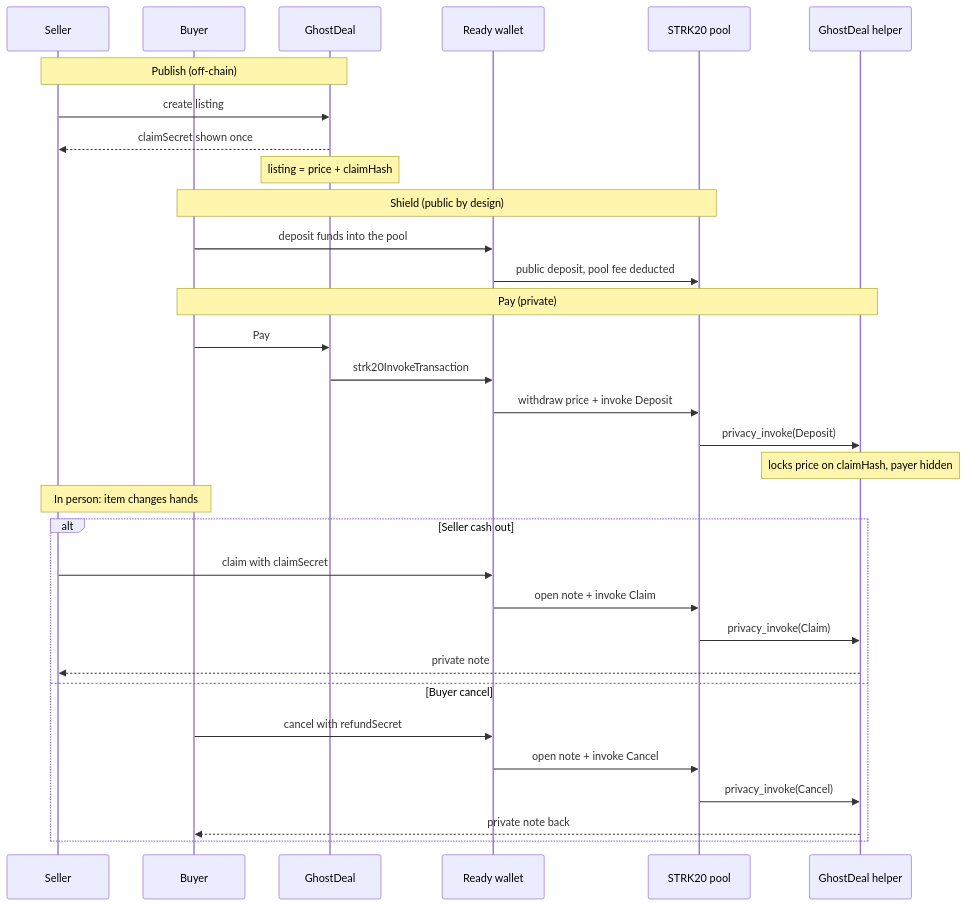
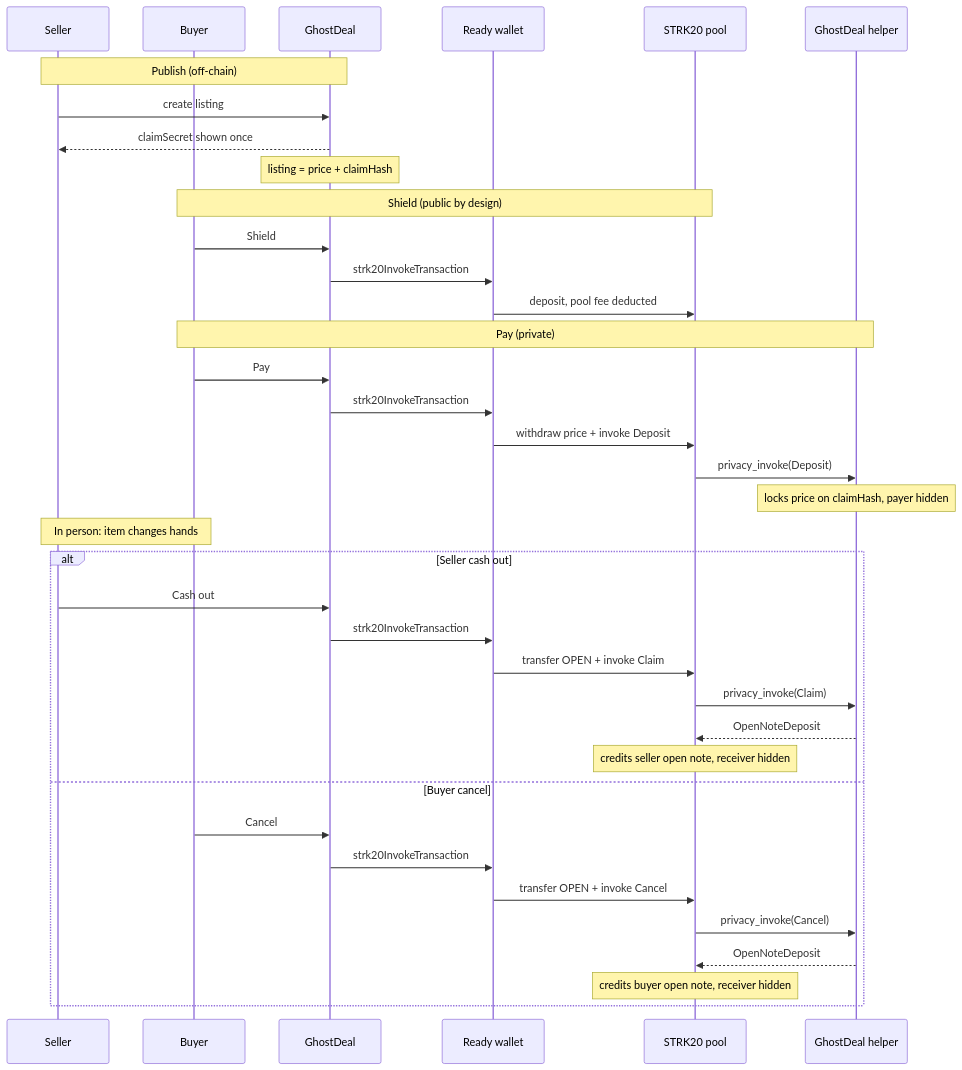
One commit to JaDi03/GhostDeal changed the first of 2 diagrams in docs/how-it-works.md. Above: the diagram before and after it, drawn with Mermaid. The commit also changed other lines of this file and 7 other files, not shown here.

````diff
--- a/docs/how-it-works.md
+++ b/docs/how-it-works.md
@@ -53,39 +53,44 @@
 ```mermaid
 sequenceDiagram
   participant Seller
   participant Buyer
   participant App as GhostDeal
   participant Wallet as Ready wallet
   participant Pool as STRK20 pool
   participant Escrow as GhostDeal helper
 
   Note over Seller,App: Publish (off-chain)
   Seller->>App: create listing
   App-->>Seller: claimSecret shown once
   Note over App: listing = price + claimHash
 
   Note over Buyer,Pool: Shield (public by design)
-  Buyer->>Wallet: deposit funds into the pool
-  Wallet->>Pool: public deposit, pool fee deducted
+  Buyer->>App: Shield
+  App->>Wallet: strk20InvokeTransaction
+  Wallet->>Pool: deposit, pool fee deducted
 
   Note over Buyer,Escrow: Pay (private)
   Buyer->>App: Pay
   App->>Wallet: strk20InvokeTransaction
   Wallet->>Pool: withdraw price + invoke Deposit
   Pool->>Escrow: privacy_invoke(Deposit)
   Note over Escrow: locks price on claimHash, payer hidden
 
   Note over Seller,Buyer: In person: item changes hands
 
   alt Seller cash out
-    Seller->>Wallet: claim with claimSecret
-    Wallet->>Pool: open note + invoke Claim
+    Seller->>App: Cash out
+    App->>Wallet: strk20InvokeTransaction
+    Wallet->>Pool: transfer OPEN + invoke Claim
     Pool->>Escrow: privacy_invoke(Claim)
-    Escrow-->>Seller: private note
+    Escrow-->>Pool: OpenNoteDeposit
+    Note over Pool: credits seller open note, receiver hidden
   else Buyer cancel
-    Buyer->>Wallet: cancel with refundSecret
-    Wallet->>Pool: open note + invoke Cancel
+    Buyer->>App: Cancel
+    App->>Wallet: strk20InvokeTransaction
+    Wallet->>Pool: transfer OPEN + invoke Cancel
     Pool->>Escrow: privacy_invoke(Cancel)
-    Escrow-->>Buyer: private note back
+    Escrow-->>Pool: OpenNoteDeposit
+    Note over Pool: credits buyer open note, receiver hidden
   end
 ```
````
